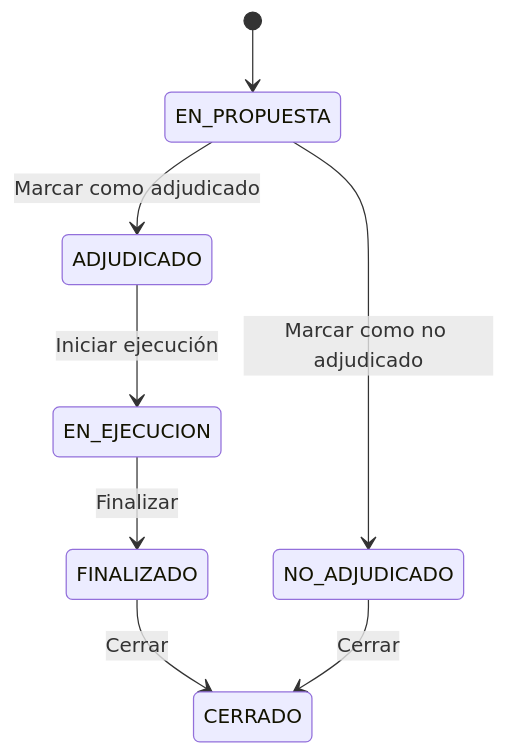
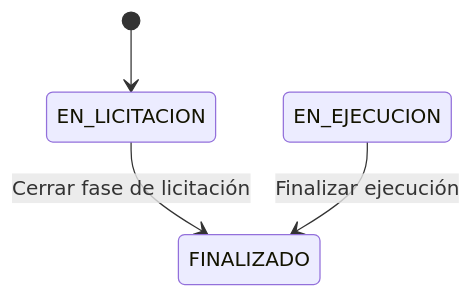
The fourth of 6 diagrams in docs/04-state-machine.md (DevSantiago/sistema-obras), drawn with Mermaid before and after one commit. The commit also changed other lines of this file and 16 other files, not shown here.

````diff
--- a/docs/04-state-machine.md
+++ b/docs/04-state-machine.md
@@ -59,10 +81,6 @@
 ```mermaid
 stateDiagram-v2
-    [*] --> EN_PROPUESTA
-    EN_PROPUESTA --> ADJUDICADO: Marcar como adjudicado
-    EN_PROPUESTA --> NO_ADJUDICADO: Marcar como no adjudicado
-    ADJUDICADO --> EN_EJECUCION: Iniciar ejecución
-    EN_EJECUCION --> FINALIZADO: Finalizar
-    FINALIZADO --> CERRADO: Cerrar
-    NO_ADJUDICADO --> CERRADO: Cerrar
+    [*] --> EN_LICITACION
+    EN_LICITACION --> FINALIZADO: Cerrar fase de licitación
+    EN_EJECUCION --> FINALIZADO: Finalizar ejecución
 ```
````
